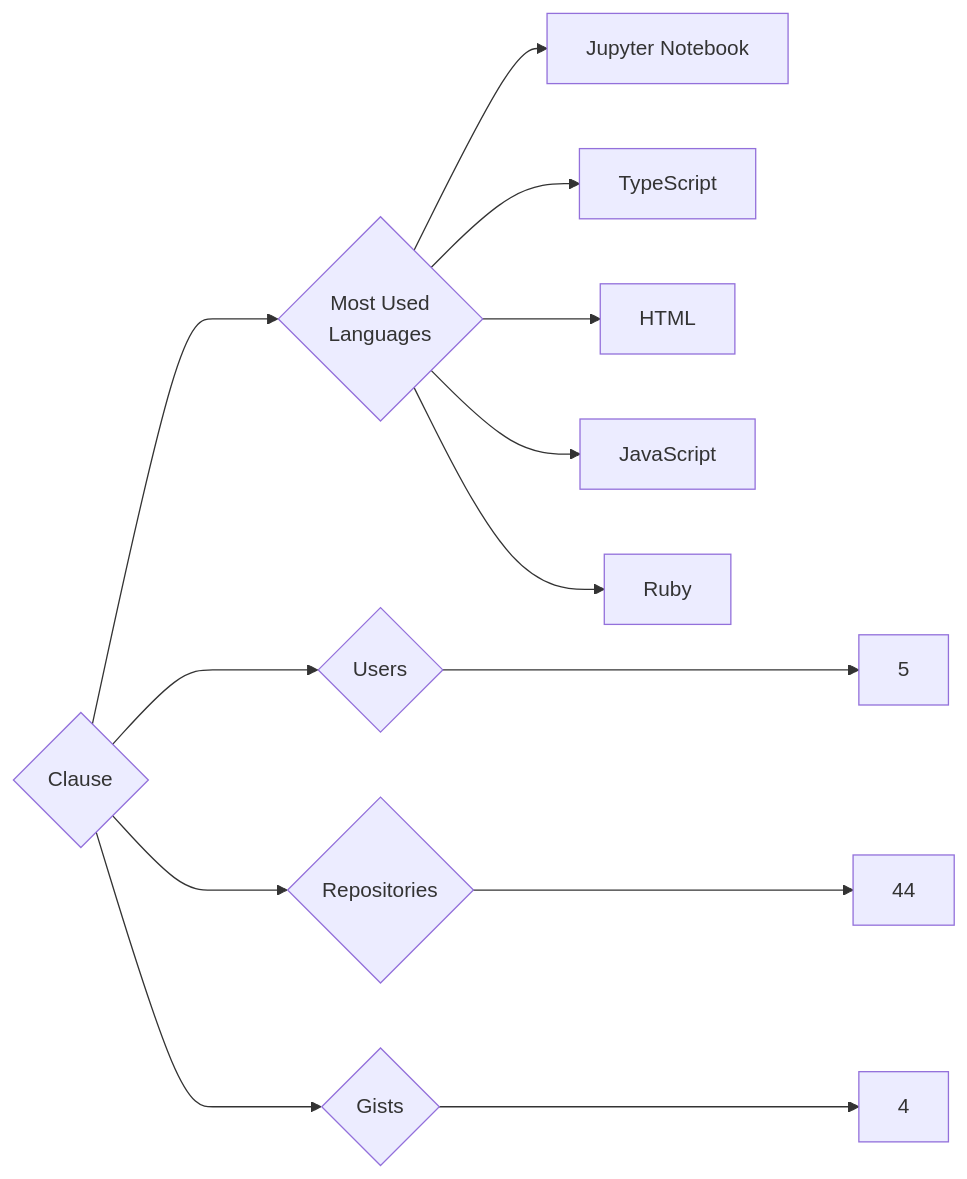
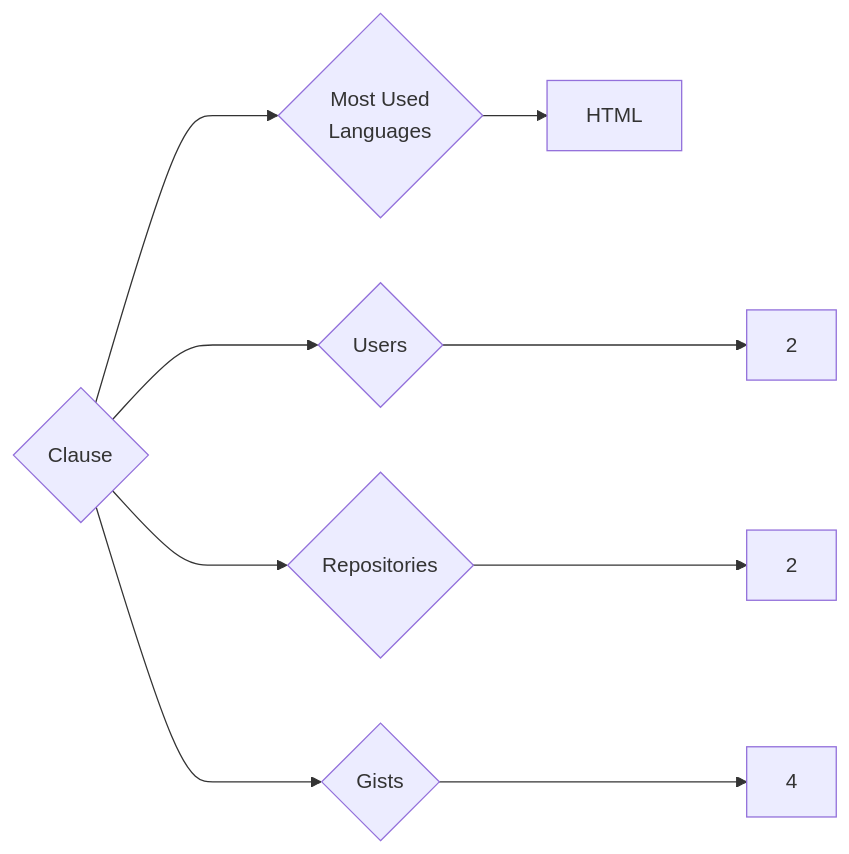
One commit to trickest/insiders changed the diagram in targets/Clause/README.md. Above: the diagram before and after it, drawn with Mermaid. The commit also changed 618 other files, not shown here.

````diff
--- a/targets/Clause/README.md
+++ b/targets/Clause/README.md
@@ -3,13 +3,9 @@
 ```mermaid
 graph LR
 COMPANY_NAME{Clause}
-COMPANY_NAME ---> U{Users} ---> UN[5]
-COMPANY_NAME ---> R{Repositories} ---> RN[44]
+COMPANY_NAME ---> U{Users} ---> UN[2]
+COMPANY_NAME ---> R{Repositories} ---> RN[2]
 COMPANY_NAME ---> G{Gists} ---> GN[4]
 COMPANY_NAME ---> ML{Most Used<br>Languages}
-ML --> Jupyter_Notebook[Jupyter Notebook]
-ML --> TypeScript[TypeScript]
 ML --> HTML[HTML]
-ML --> JavaScript[JavaScript]
-ML --> Ruby[Ruby]
 ```
````
